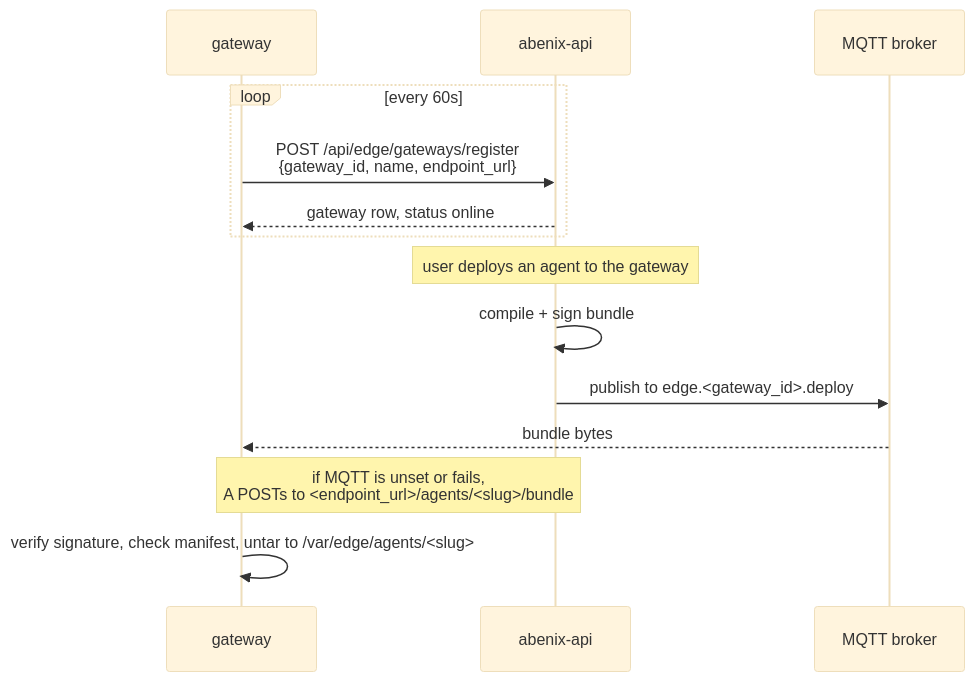
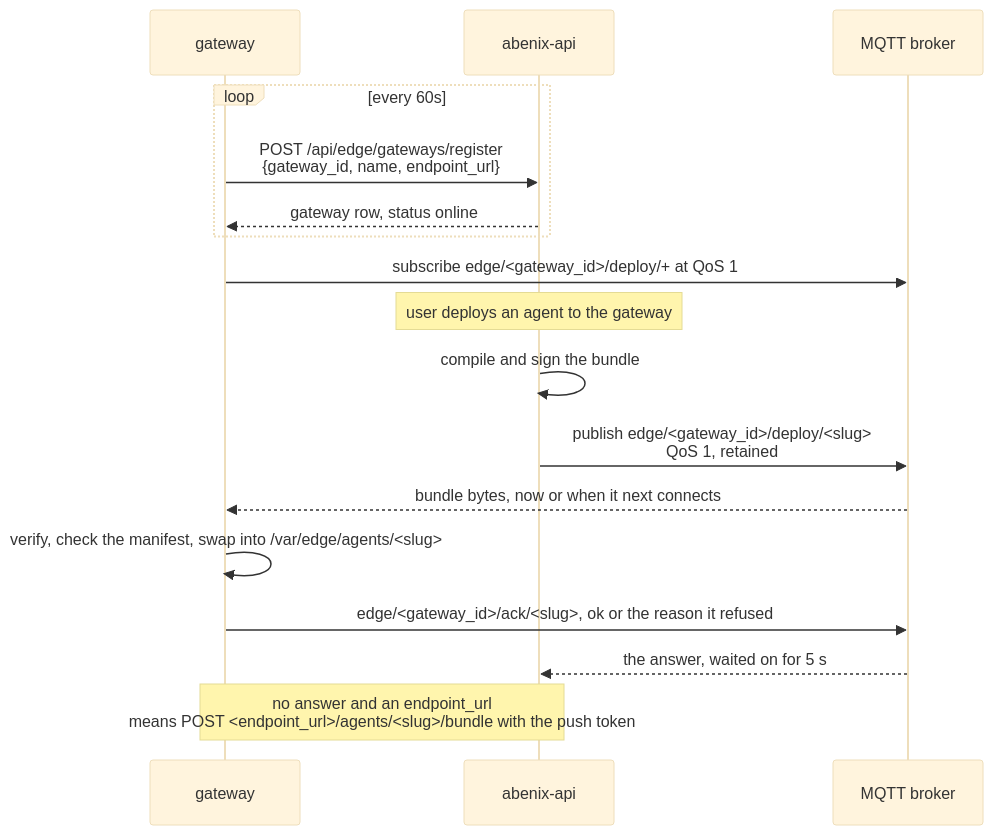
The diagram in apps/web/public/dev-docs/06-deployment/05-edge-runtime.md (sarkar4777/abenix), drawn with Mermaid (base theme) before and after one commit. The commit also changed other lines of this file and 78 other files, not shown here.

````diff
--- a/apps/web/public/dev-docs/06-deployment/05-edge-runtime.md
+++ b/apps/web/public/dev-docs/06-deployment/05-edge-runtime.md
@@ -51,17 +77,20 @@
 ```mermaid
 sequenceDiagram
   participant G as gateway
   participant A as abenix-api
   participant M as MQTT broker
 
   loop every 60s
     G->>A: POST /api/edge/gateways/register<br/>{gateway_id, name, endpoint_url}
     A-->>G: gateway row, status online
   end
+  G->>M: subscribe edge/<gateway_id>/deploy/+ at QoS 1
   Note over A: user deploys an agent to the gateway
-  A->>A: compile + sign bundle
-  A->>M: publish to edge.<gateway_id>.deploy
-  M-->>G: bundle bytes
-  Note over A,G: if MQTT is unset or fails,<br/>A POSTs to <endpoint_url>/agents/<slug>/bundle
-  G->>G: verify signature, check manifest, untar to /var/edge/agents/<slug>
+  A->>A: compile and sign the bundle
+  A->>M: publish edge/<gateway_id>/deploy/<slug><br/>QoS 1, retained
+  M-->>G: bundle bytes, now or when it next connects
+  G->>G: verify, check the manifest, swap into /var/edge/agents/<slug>
+  G->>M: edge/<gateway_id>/ack/<slug>, ok or the reason it refused
+  M-->>A: the answer, waited on for 5 s
+  Note over A,G: no answer and an endpoint_url<br/>means POST <endpoint_url>/agents/<slug>/bundle with the push token
 ```
````
